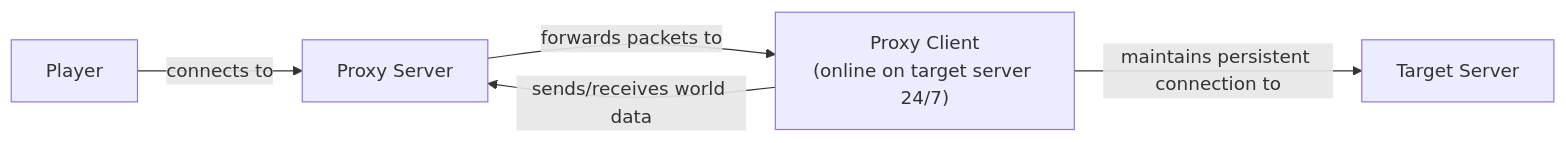
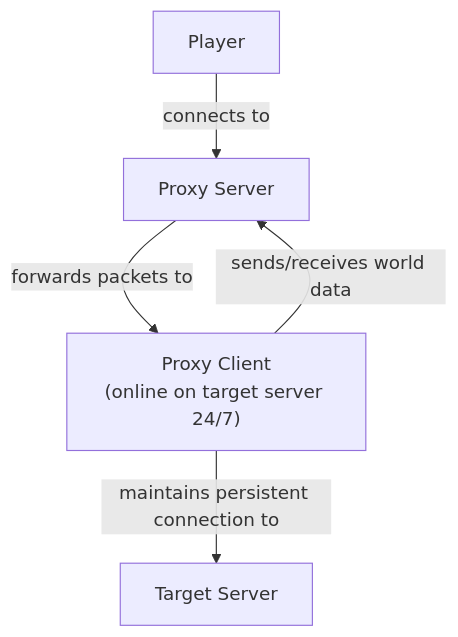
One commit to 0x1bd/BlockGameProxy changed the diagram in README.md. Above: the diagram before and after it, drawn with Mermaid.

Commit message:
fix(Readme): Fix Flowchart to be TD

````diff
--- a/README.md
+++ b/README.md
@@ -10,7 +10,7 @@
 ```mermaid
-flowchart LR
+flowchart TD
     Player["Player"] -->|connects to| ProxyServer["Proxy Server"]
     ProxyServer -->|forwards packets to| ProxyClient["Proxy Client<br/>(online on target server 24/7)"]
     ProxyClient -->|maintains persistent connection to| Target["Target Server"]
     ProxyClient -->|sends/receives world data| ProxyServer
 ```
````
